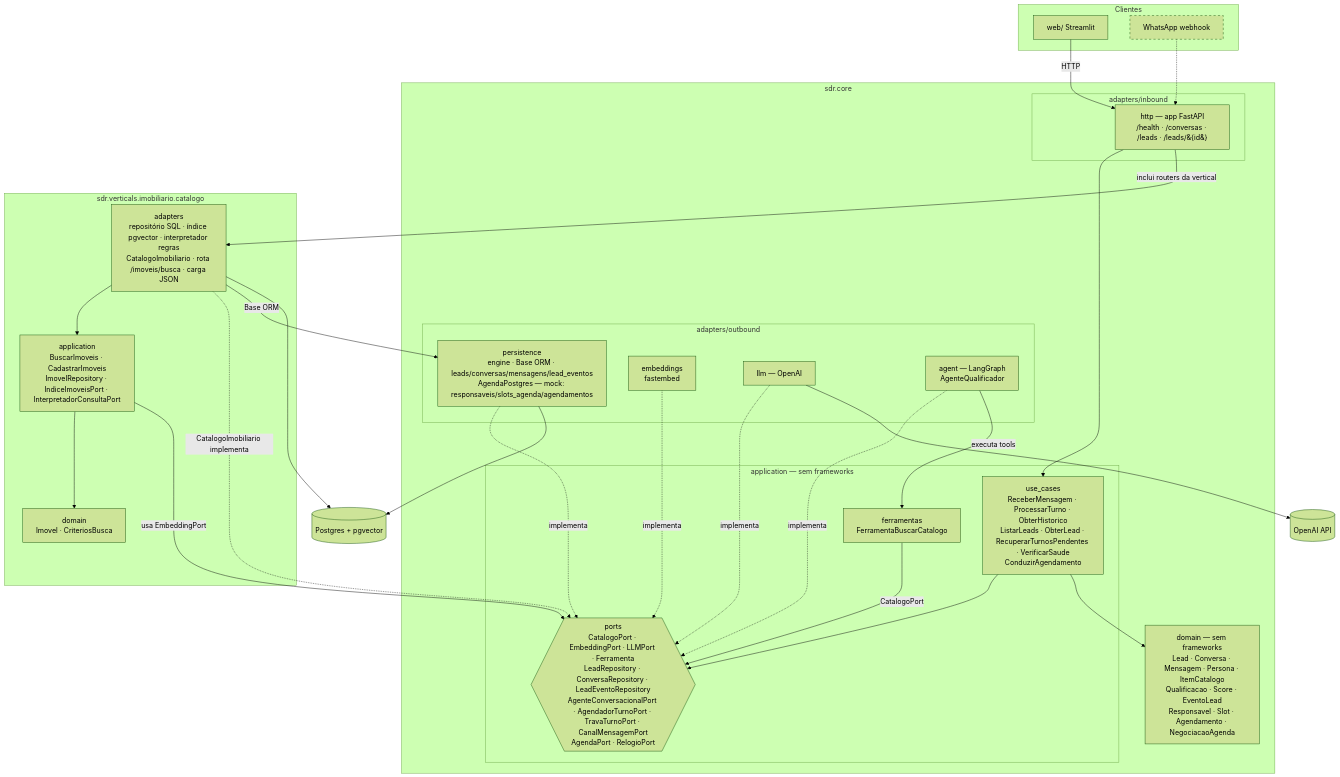
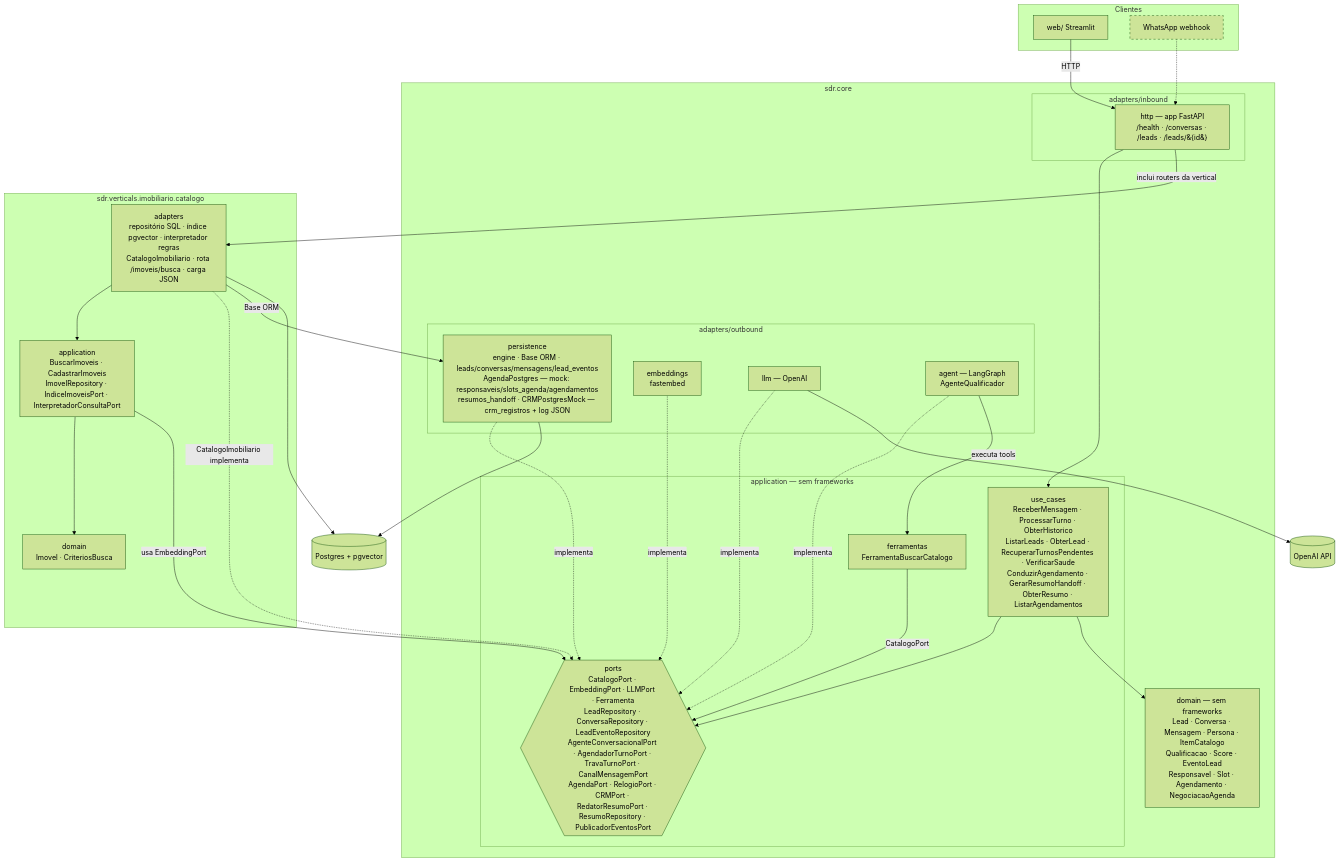
Before and after one commit to amaranini/tech-challenge-fase-5: the third of 13 diagrams in docs/arquitetura.md, drawn with Mermaid (forest theme). The commit also changed other lines of this file and 54 other files, not shown here.

First line of the commit message:
Dia 3 Etapa B: resumo para o responsável (fora do turno, ancorado) + CRM mock

````diff
--- a/docs/arquitetura.md
+++ b/docs/arquitetura.md
@@ -90,57 +92,57 @@
 ```mermaid
 flowchart TB
     subgraph clientes[Clientes]
         web[web/ Streamlit]
         wpp[WhatsApp webhook]:::futuro
     end
 
     subgraph core[sdr.core]
         subgraph cin[adapters/inbound]
             http[http — app FastAPI<br/>/health · /conversas · /leads · /leads/&#123;id&#125;]
         end
         subgraph capp[application — sem frameworks]
-            cuc[use_cases<br/>ReceberMensagem · ProcessarTurno · ObterHistorico<br/>ListarLeads · ObterLead · RecuperarTurnosPendentes · VerificarSaude<br/>ConduzirAgendamento]
-            cports{{ports<br/>CatalogoPort · EmbeddingPort · LLMPort · Ferramenta<br/>LeadRepository · ConversaRepository · LeadEventoRepository<br/>AgenteConversacionalPort · AgendadorTurnoPort · TravaTurnoPort · CanalMensagemPort<br/>AgendaPort · RelogioPort}}
+            cuc[use_cases<br/>ReceberMensagem · ProcessarTurno · ObterHistorico<br/>ListarLeads · ObterLead · RecuperarTurnosPendentes · VerificarSaude<br/>ConduzirAgendamento · GerarResumoHandoff · ObterResumo · ListarAgendamentos]
+            cports{{ports<br/>CatalogoPort · EmbeddingPort · LLMPort · Ferramenta<br/>LeadRepository · ConversaRepository · LeadEventoRepository<br/>AgenteConversacionalPort · AgendadorTurnoPort · TravaTurnoPort · CanalMensagemPort<br/>AgendaPort · RelogioPort · CRMPort · RedatorResumoPort · ResumoRepository · PublicadorEventosPort}}
             cferr[ferramentas<br/>FerramentaBuscarCatalogo]
         end
         cdom[domain — sem frameworks<br/>Lead · Conversa · Mensagem · Persona · ItemCatalogo<br/>Qualificacao · Score · EventoLead<br/>Responsavel · Slot · Agendamento · NegociacaoAgenda]
         subgraph cout[adapters/outbound]
-            persist[persistence<br/>engine · Base ORM · leads/conversas/mensagens/lead_eventos<br/>AgendaPostgres — mock: responsaveis/slots_agenda/agendamentos]
+            persist[persistence<br/>engine · Base ORM · leads/conversas/mensagens/lead_eventos<br/>AgendaPostgres — mock: responsaveis/slots_agenda/agendamentos<br/>resumos_handoff · CRMPostgresMock — crm_registros + log JSON]
             emb[embeddings<br/>fastembed]
             llm[llm — OpenAI]
             agent[agent — LangGraph<br/>AgenteQualificador]
         end
     end
 
     subgraph vcat[sdr.verticals.imobiliario.catalogo]
         vdom[domain<br/>Imovel · CriteriosBusca]
         vapp[application<br/>BuscarImoveis · CadastrarImoveis<br/>ImovelRepository · IndiceImoveisPort · InterpretadorConsultaPort]
         vad[adapters<br/>repositório SQL · índice pgvector · interpretador regras<br/>CatalogoImobiliario · rota /imoveis/busca · carga JSON]
     end
 
     pg[(Postgres + pgvector)]
     openaiapi[(OpenAI API)]
 
     web -- HTTP --> http
     wpp -.-> http
     http --> cuc --> cports
     cuc --> cdom
     persist -. implementa .-> cports
     emb -. implementa .-> cports
     llm -. implementa .-> cports
     agent -. implementa .-> cports
     agent -- "executa tools" --> cferr
     cferr -- CatalogoPort --> cports
 
     vad --> vapp --> vdom
     vad -. "CatalogoImobiliario implementa" .-> cports
     vapp -- usa EmbeddingPort --> cports
     vad -- "Base ORM" --> persist
     http -- "inclui routers da vertical" --> vad
 
     persist --> pg
     vad --> pg
     llm --> openaiapi
 
     classDef futuro stroke-dasharray: 5 5
 ```
````
